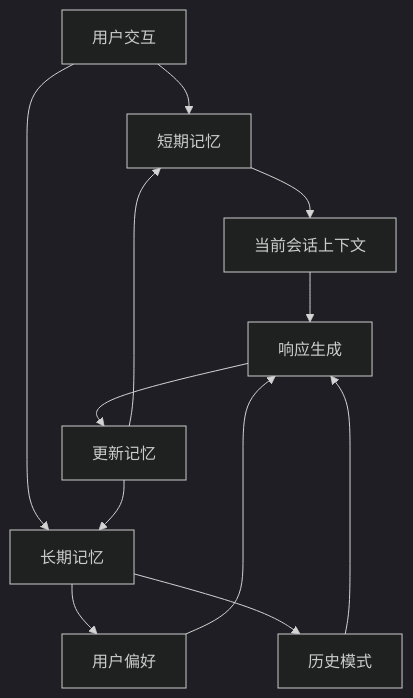
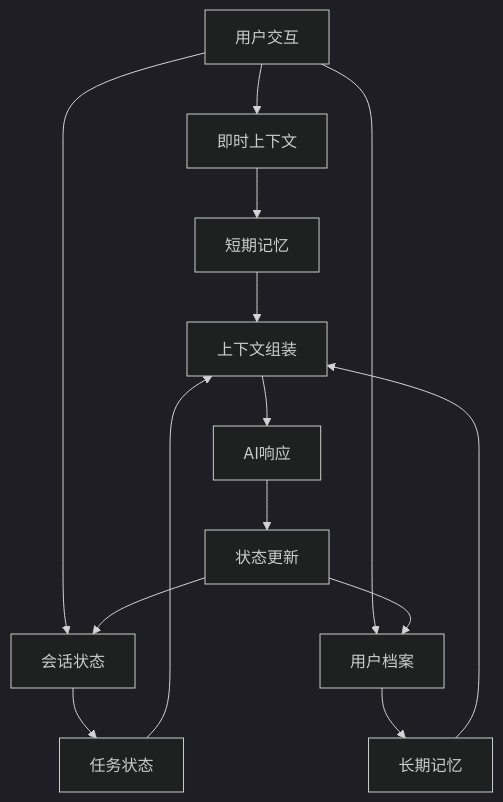
The fourth of 5 diagrams in i18n/zh/docusaurus-plugin-content-blog/2025-09-14-context-engineering.mdx (tikazyq/marvinzhang.dev), drawn with Mermaid (dark theme) before and after one commit. The commit also changed other lines of this file and 1 other file, not shown here.

````diff
--- a/i18n/zh/docusaurus-plugin-content-blog/2025-09-14-context-engineering.mdx
+++ b/i18n/zh/docusaurus-plugin-content-blog/2025-09-14-context-engineering.mdx
@@ -108,14 +220,16 @@
 ```mermaid
 graph TD
-    A[用户交互] --> B[短期记忆]
-    A --> C[长期记忆]
-    B --> D[当前会话上下文]
-    C --> E[用户偏好]
-    C --> F[历史模式]
-    D --> G[响应生成]
-    E --> G
-    F --> G
-    G --> H[更新记忆]
-    H --> B
-    H --> C
+    A[用户交互] --> B[即时上下文]
+    A --> C[会话状态]
+    A --> D[用户档案]
+    B --> E[短期记忆]
+    C --> F[任务状态]
+    D --> G[长期记忆]
+    E --> H[上下文组装]
+    F --> H
+    G --> H
+    H --> I[AI响应]
+    I --> J[状态更新]
+    J --> C
+    J --> D
 ```
````
